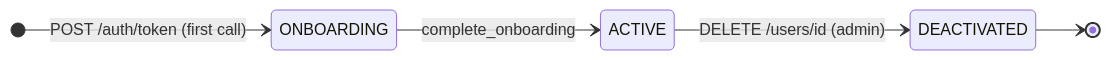
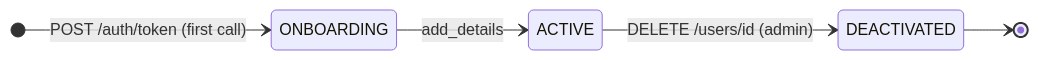
The second of 2 diagrams in api-reference/modules/overview.mdx (anu19981/aarokya-backend), drawn with Mermaid before and after one commit. The commit also changed other lines of this file and 90 other files, not shown here.

````diff
--- a/api-reference/modules/overview.mdx
+++ b/api-reference/modules/overview.mdx
@@ -222,8 +222,8 @@
 ```mermaid
 stateDiagram-v2
     direction LR
     [*] --> ONBOARDING: POST /auth/token (first call)
-    ONBOARDING --> ACTIVE: complete_onboarding
+    ONBOARDING --> ACTIVE: add_details
     ACTIVE --> DEACTIVATED: DELETE /users/id (admin)
     DEACTIVATED --> [*]
 ```
````
